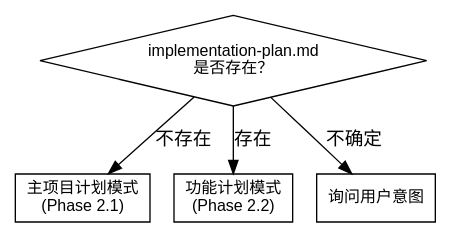
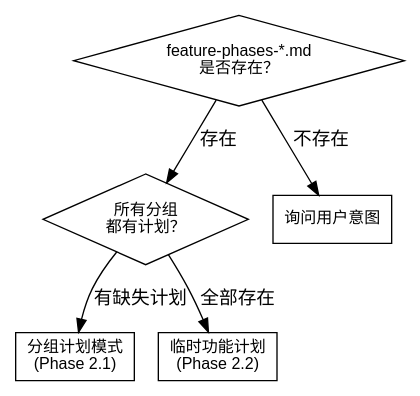
Before and after one commit to Yumoxj/vibe-ops: the second of 2 diagrams in skills-zh/vibe-plan/SKILL.md, drawn with Graphviz. The commit also changed other lines of this file and 14 other files, not shown here.

First line of the commit message:
feat: restructure memory-bank and introduce plan groups

````diff
--- a/skills-zh/vibe-plan/SKILL.md
+++ b/skills-zh/vibe-plan/SKILL.md
@@ -72,15 +77,17 @@
 ```dot
 digraph detect_flow {
     rankdir=TB;
     node [fontname="Arial", fontsize=12];
 
-    check [shape=diamond, label="implementation-plan.md\n是否存在？"];
-    main [shape=box, label="主项目计划模式\n(Phase 2.1)"];
-    feature [shape=box, label="功能计划模式\n(Phase 2.2)"];
+    check [shape=diamond, label="feature-phases-*.md\n是否存在？"];
+    groups [shape=diamond, label="所有分组\n都有计划？"];
+    group_mode [shape=box, label="分组计划模式\n(Phase 2.1)"];
+    adhoc [shape=box, label="临时功能计划\n(Phase 2.2)"];
     ask [shape=box, label="询问用户意图"];
 
-    check -> main [label="不存在"];
-    check -> feature [label="存在"];
-    check -> ask [label="不确定"];
+    check -> groups [label="存在"];
+    check -> ask [label="不存在"];
+    groups -> group_mode [label="有缺失计划"];
+    groups -> adhoc [label="全部存在"];
 }
 ```
````
